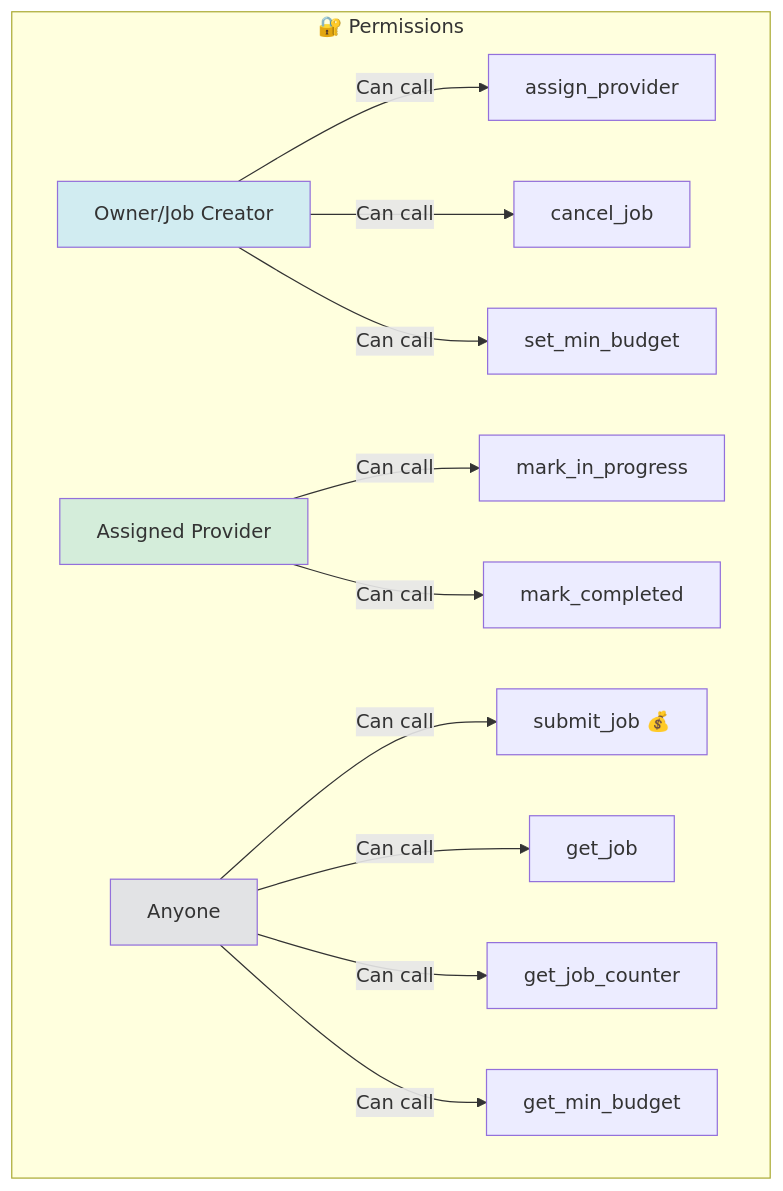
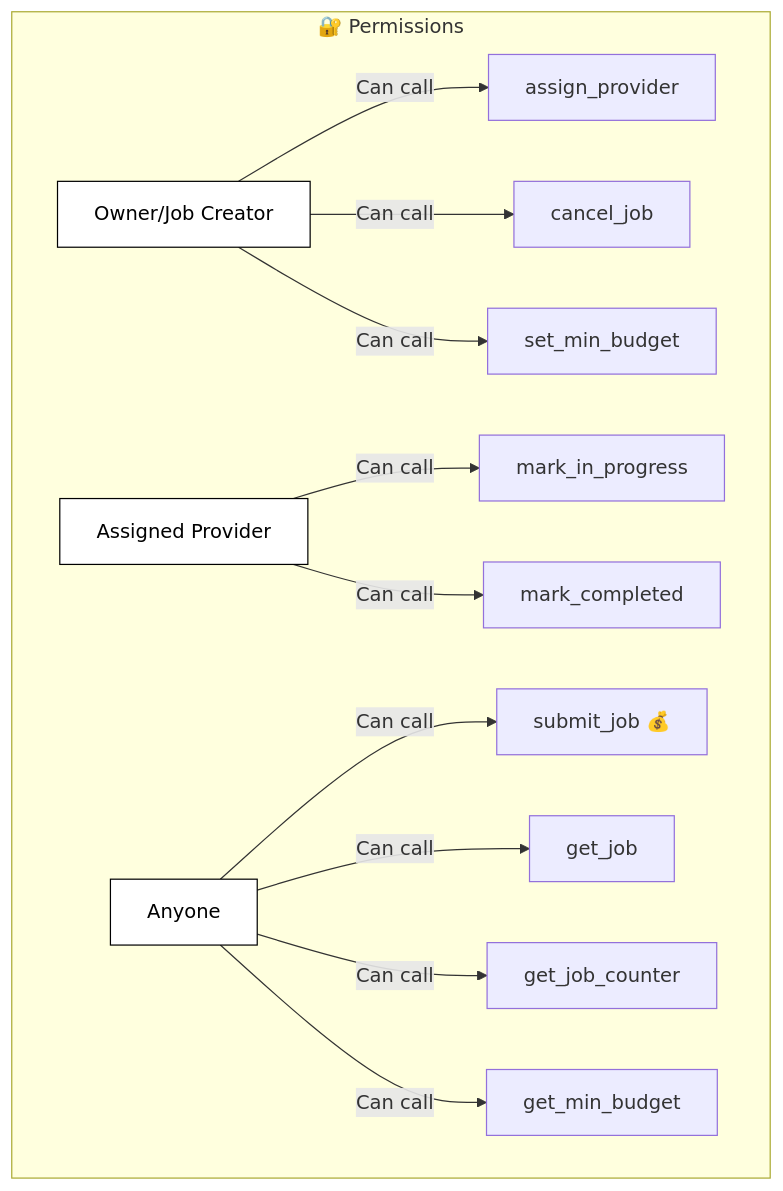
Diagram 12 of 12 in ai_job_queue/README.md (PolkaMesh/PolkaMesh-Contracts), drawn with Mermaid before and after one commit. The commit also changed other lines of this file and 4 other files, not shown here.

````diff
--- a/ai_job_queue/README.md
+++ b/ai_job_queue/README.md
@@ -287,20 +287,20 @@
 ```mermaid
 graph TB
     subgraph "🔐 Permissions"
         A[Owner/Job Creator] -->|Can call| A1[assign_provider]
         A -->|Can call| A2[cancel_job]
         A -->|Can call| A3[set_min_budget]
 
         B[Assigned Provider] -->|Can call| B1[mark_in_progress]
         B -->|Can call| B2[mark_completed]
 
         C[Anyone] -->|Can call| C1[submit_job 💰]
         C -->|Can call| C2[get_job]
         C -->|Can call| C3[get_job_counter]
         C -->|Can call| C4[get_min_budget]
     end
 
-    style A fill:#d1ecf1
-    style B fill:#d4edda
-    style C fill:#e2e3e5
+    style A fill:#ffffff,stroke:#000000,color:#000000
+    style B fill:#ffffff,stroke:#000000,color:#000000
+    style C fill:#ffffff,stroke:#000000,color:#000000
 ```
````
